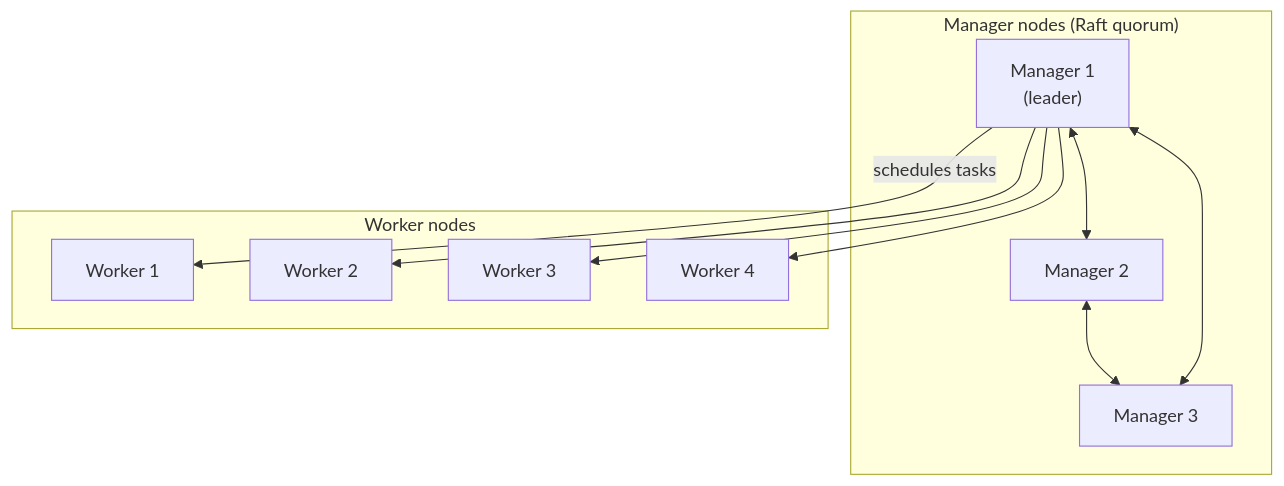
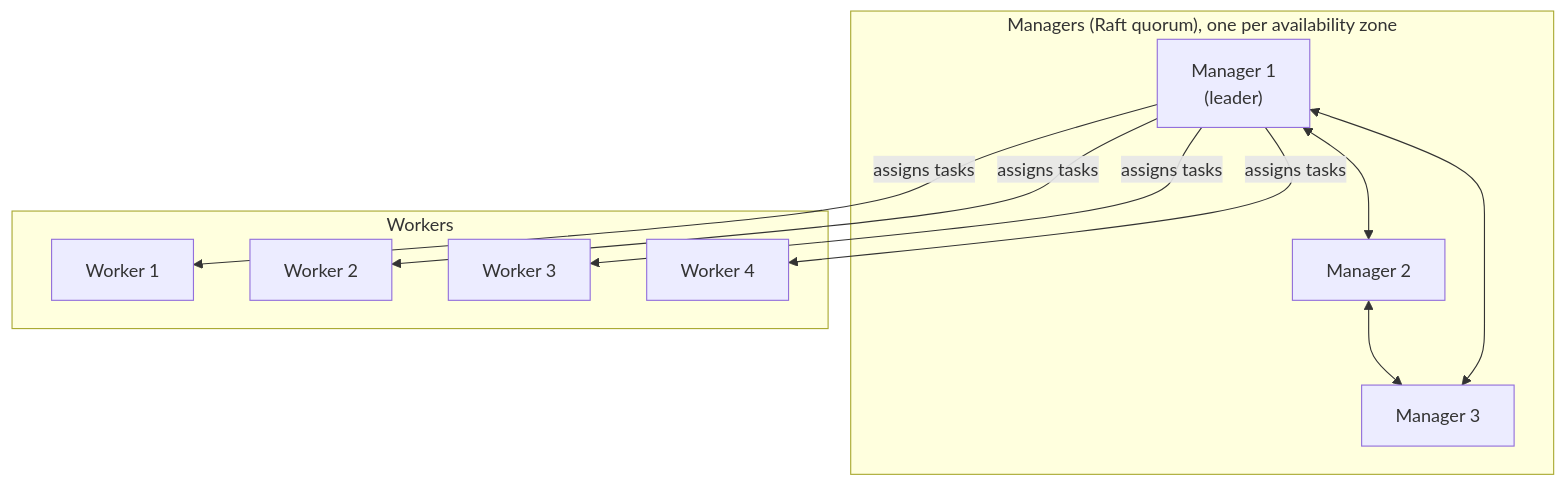
The second of 5 diagrams in github-pages/docs/technology/docker/advanced.md (AndrewAltimit/Documentation), drawn with Mermaid before and after one commit. The commit also changed other lines of this file and 240 other files, not shown here.

````diff
--- a/github-pages/docs/technology/docker/advanced.md
+++ b/github-pages/docs/technology/docker/advanced.md
@@ -171,21 +228,15 @@
 ```mermaid
 flowchart TB
-    subgraph managers["Manager nodes (Raft quorum)"]
-        M1["Manager 1<br/>(leader)"]
-        M2["Manager 2"]
-        M3["Manager 3"]
-        M1 <--> M2
-        M2 <--> M3
+    subgraph managers["Managers (Raft quorum), one per availability zone"]
+        M1["Manager 1<br/>(leader)"] <--> M2["Manager 2"]
+        M2 <--> M3["Manager 3"]
         M1 <--> M3
     end
-    subgraph workers["Worker nodes"]
+    subgraph workers["Workers"]
         W1["Worker 1"]
         W2["Worker 2"]
         W3["Worker 3"]
         W4["Worker 4"]
     end
-    M1 -->|schedules tasks| W1
-    M1 --> W2
-    M1 --> W3
-    M1 --> W4
+    M1 -->|assigns tasks| W1 & W2 & W3 & W4
 ```
````
